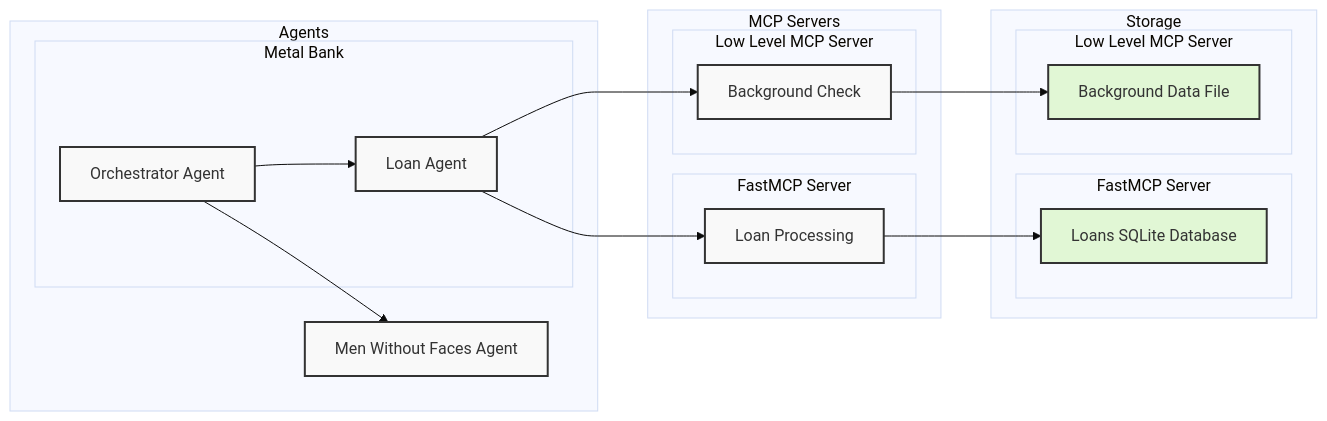
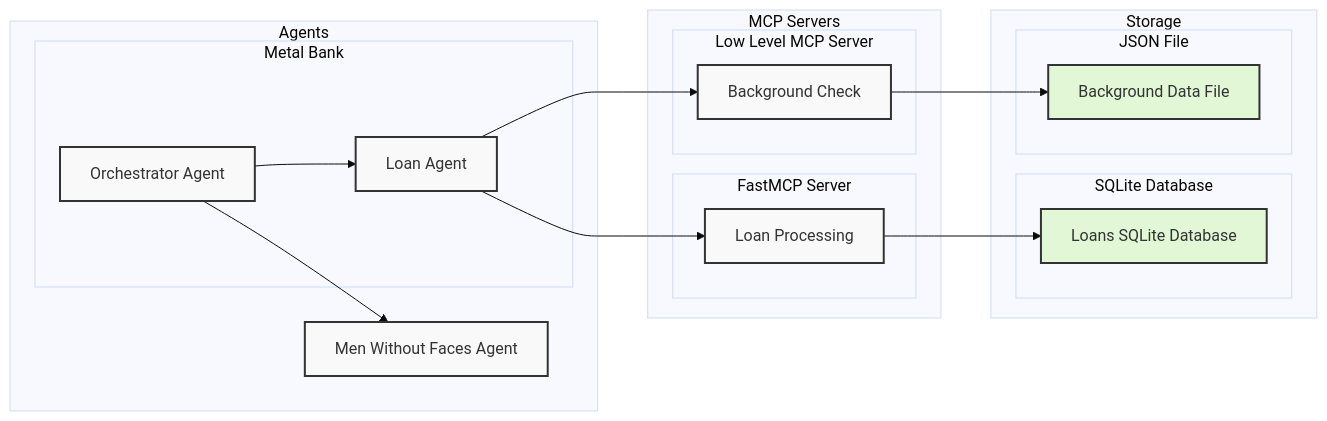
Before and after one commit to MKand/agenticprotocols: the diagram in README.md, drawn with Mermaid (base theme).

Commit message:
fixed issue with mermaid

````diff
--- a/README.md
+++ b/README.md
@@ -49,40 +49,40 @@
 ```mermaid
 flowchart LR
     subgraph AGENTS[Agents]
         subgraph MB[Metal Bank]
             ROOT[Orchestrator Agent]
             MBA[Loan Agent]
         end
         MWF[Men Without Faces Agent]
     end
 
     subgraph SERVICES[MCP Servers]
         subgraph FAST[FastMCP Server]
             LOAN[Loan Processing]
         end
         subgraph LOW[Low Level MCP Server]
             BG[Background Check]
         end
     end
 
     subgraph DATA[Storage]
-      subgraph SQLDB[FastMCP Server]
+      subgraph SQLDB[SQLite Database]
           DB[Loans SQLite Database]
         end
-        subgraph JSONDB[Low Level MCP Server]
+        subgraph JSONDB[JSON File]
             JSON[Background Data File]
         end
     end
 
     ROOT --> MBA
     ROOT --> MWF
     MBA --> LOAN
     MBA --> BG
     LOAN --> DB
     BG --> JSON
 
     %% Styling
     classDef default fill:#f9f9f9,stroke:#333,stroke-width:2px;
     classDef storage fill:#e1f7d5,stroke:#333;
     class DB,JSON storage
 ```
````
